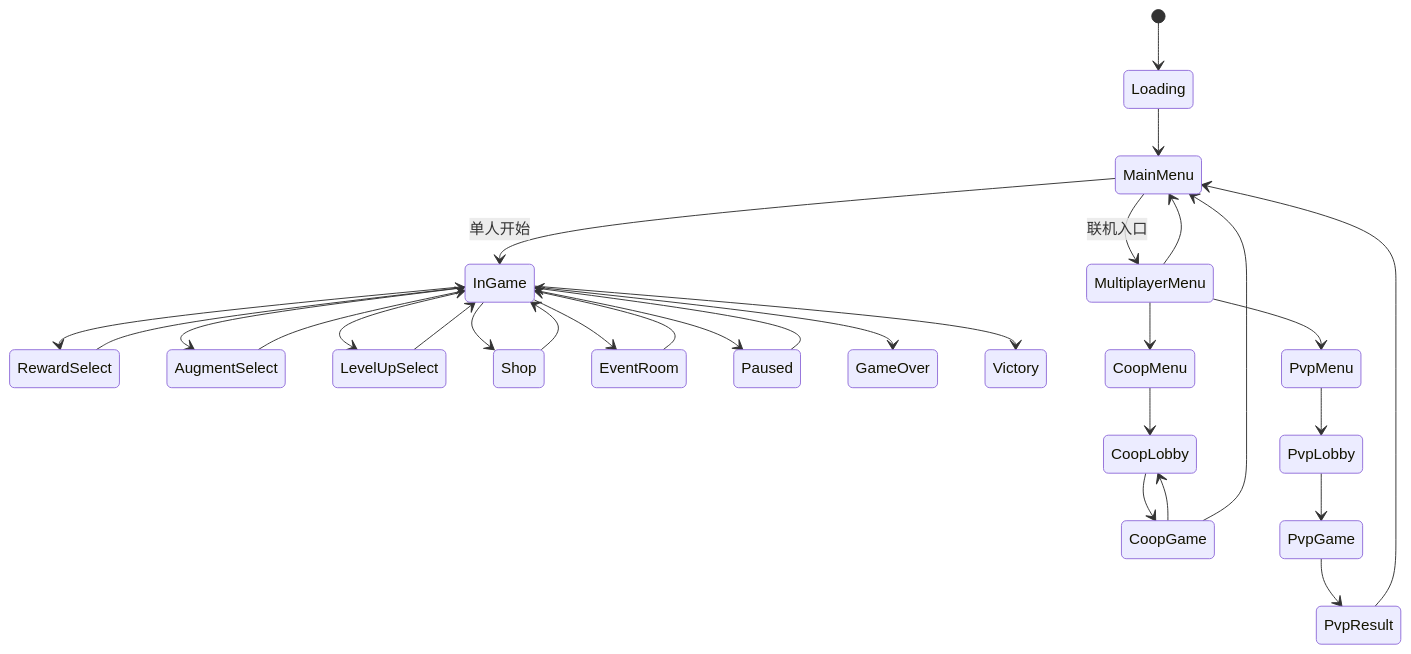
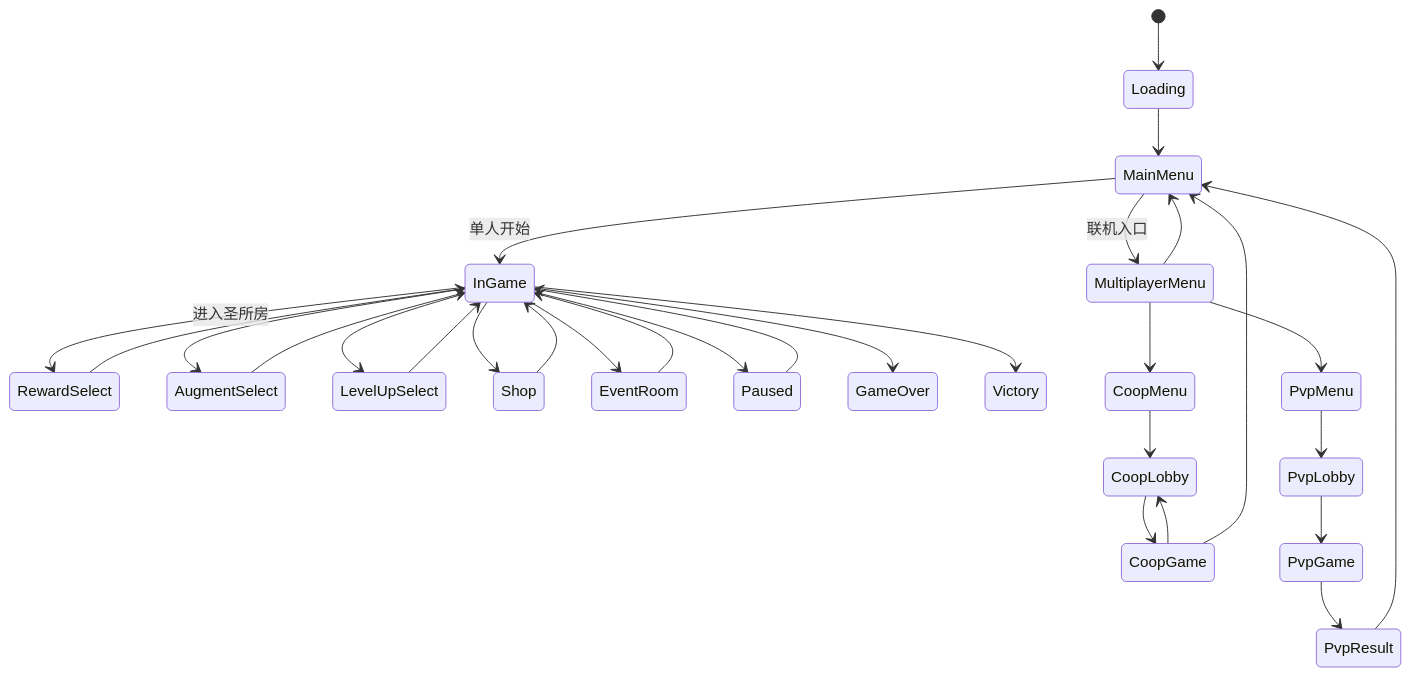
One commit to AstralArtisan/rust-Game changed the second of 3 diagrams in docs/02_architecture.md. Above: the diagram before and after it, drawn with Mermaid. The commit also changed other lines of this file and 40 other files, not shown here.

````diff
--- a/docs/02_architecture.md
+++ b/docs/02_architecture.md
@@ -72,37 +71,37 @@
 ```mermaid
 stateDiagram-v2
     [*] --> Loading
     Loading --> MainMenu
 
     MainMenu --> InGame: 单人开始
     MainMenu --> MultiplayerMenu: 联机入口
 
-    InGame --> RewardSelect
+    InGame --> RewardSelect: 进入圣所房
     RewardSelect --> InGame
     InGame --> AugmentSelect
     AugmentSelect --> InGame
     InGame --> LevelUpSelect
     LevelUpSelect --> InGame
     InGame --> Shop
     Shop --> InGame
     InGame --> EventRoom
     EventRoom --> InGame
     InGame --> Paused
     Paused --> InGame
     InGame --> GameOver
     InGame --> Victory
 
     MultiplayerMenu --> CoopMenu
     MultiplayerMenu --> PvpMenu
     MultiplayerMenu --> MainMenu
 
     CoopMenu --> CoopLobby
     CoopLobby --> CoopGame
     CoopGame --> CoopLobby
     CoopGame --> MainMenu
 
     PvpMenu --> PvpLobby
     PvpLobby --> PvpGame
     PvpGame --> PvpResult
     PvpResult --> MainMenu
 ```
````
